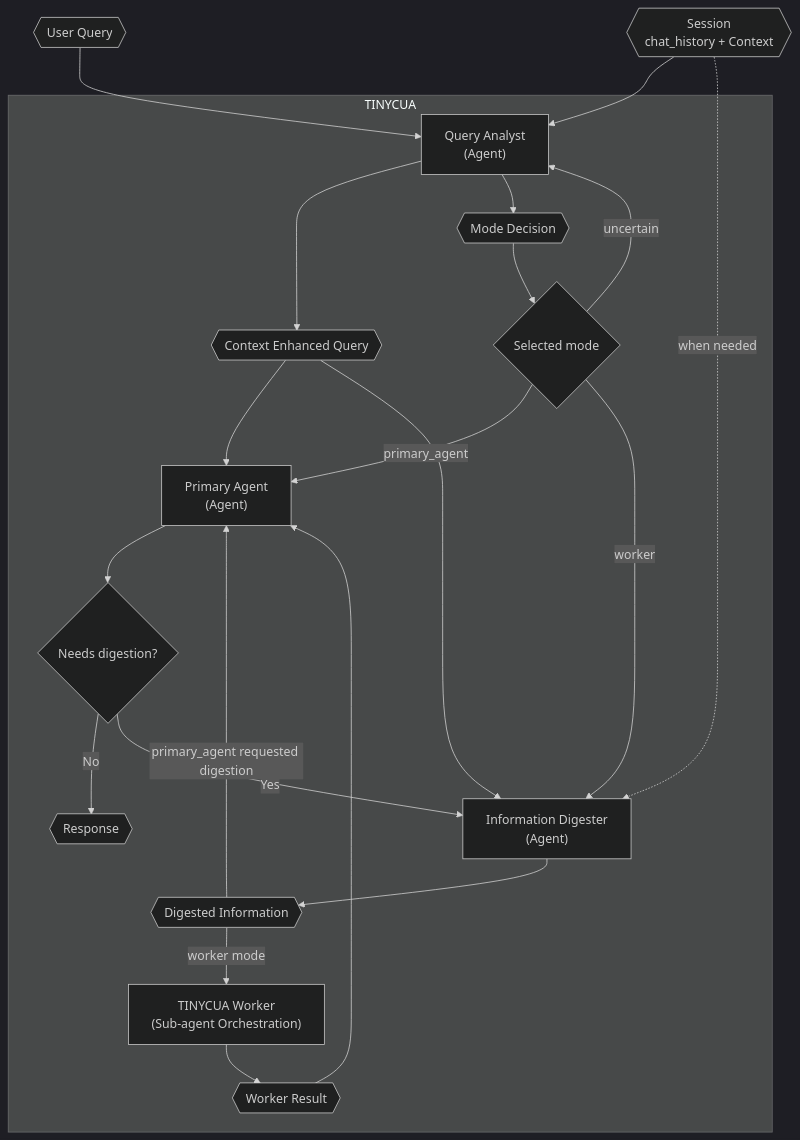
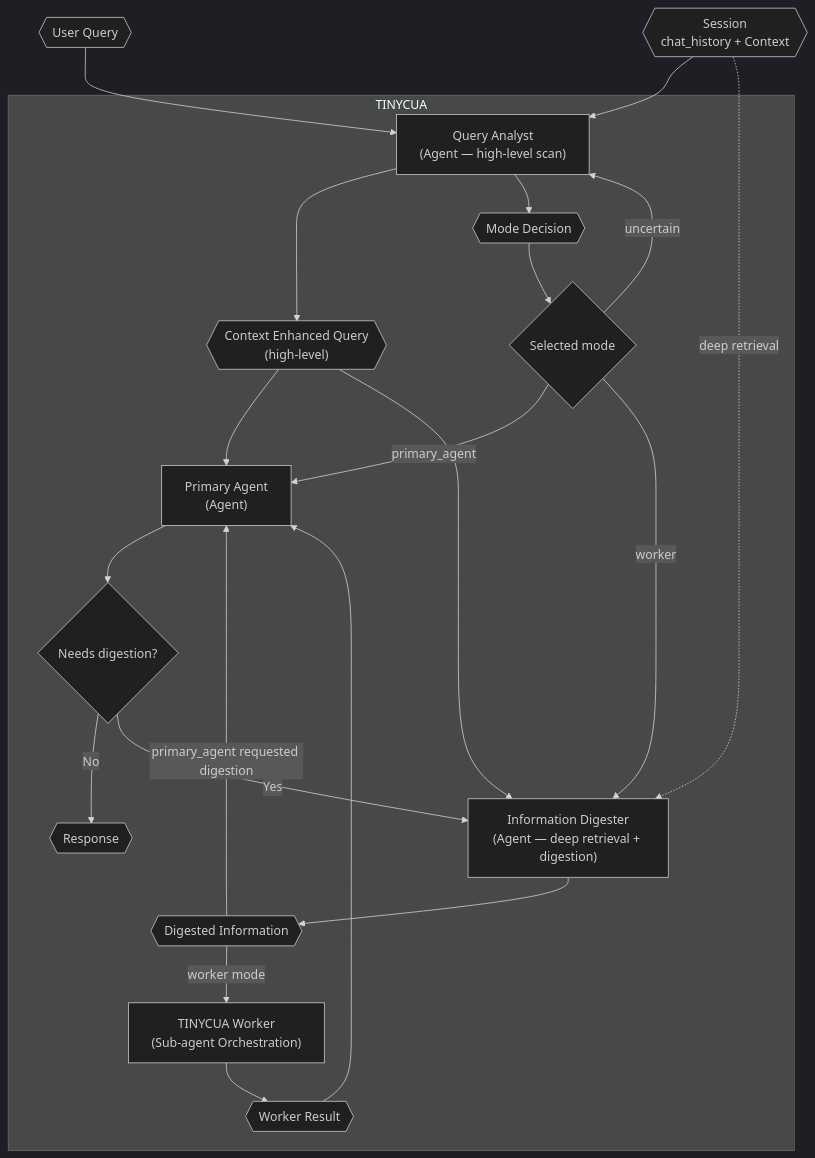
The diagram in src/tinycua/docs/architecture/overview.md (VJyzCELERY/TINYCUA), drawn with Mermaid (dark theme) before and after one commit. The commit also changed other lines of this file and 7 other files, not shown here.

First line of the commit message:
refactor(docs): reassign Enhanced Context Retrieval from Query Analyst to Information Digester

````diff
--- a/src/tinycua/docs/architecture/overview.md
+++ b/src/tinycua/docs/architecture/overview.md
@@ -34,42 +34,42 @@
 ```mermaid
 flowchart TD
     subgraph TINY["TINYCUA"]
-        QA["Query Analyst\n(Agent)"]
-        CEQ{{"Context Enhanced Query"}}
+        QA["Query Analyst\n(Agent — high-level scan)"]
+        CEQ{{"Context Enhanced Query\n(high-level)"}}
         MD{{"Mode Decision"}}
         ROUTE{"Selected mode"}
-        ID["Information Digester\n(Agent)"]
+        ID["Information Digester\n(Agent — deep retrieval + digestion)"]
         DI{{"Digested Information"}}
         TW["TINYCUA Worker\n(Sub-agent Orchestration)"]
         WR{{"Worker Result"}}
         PA["Primary Agent\n(Agent)"]
         NEED_DIGEST{"Needs digestion?"}
         RESP{{"Response"}}
     end
 
     UQ{{"User Query"}}
     FSC{{"Session\nchat_history + Context"}}
 
     UQ --> QA
     FSC --> QA
     QA --> CEQ
     QA --> MD
     MD --> ROUTE
 
     ROUTE -->|primary_agent| PA
     CEQ --> PA
     PA --> NEED_DIGEST
     NEED_DIGEST -->|No| RESP
     NEED_DIGEST -->|Yes| ID
 
     ROUTE -->|worker| ID
     CEQ --> ID
-    FSC -. "when needed" .-> ID
+    FSC -. "deep retrieval" .-> ID
     ID --> DI
     DI -->|primary_agent requested digestion| PA
     DI -->|worker mode| TW
     TW --> WR
     WR --> PA
 
     ROUTE -->|uncertain| QA
 ```
````
